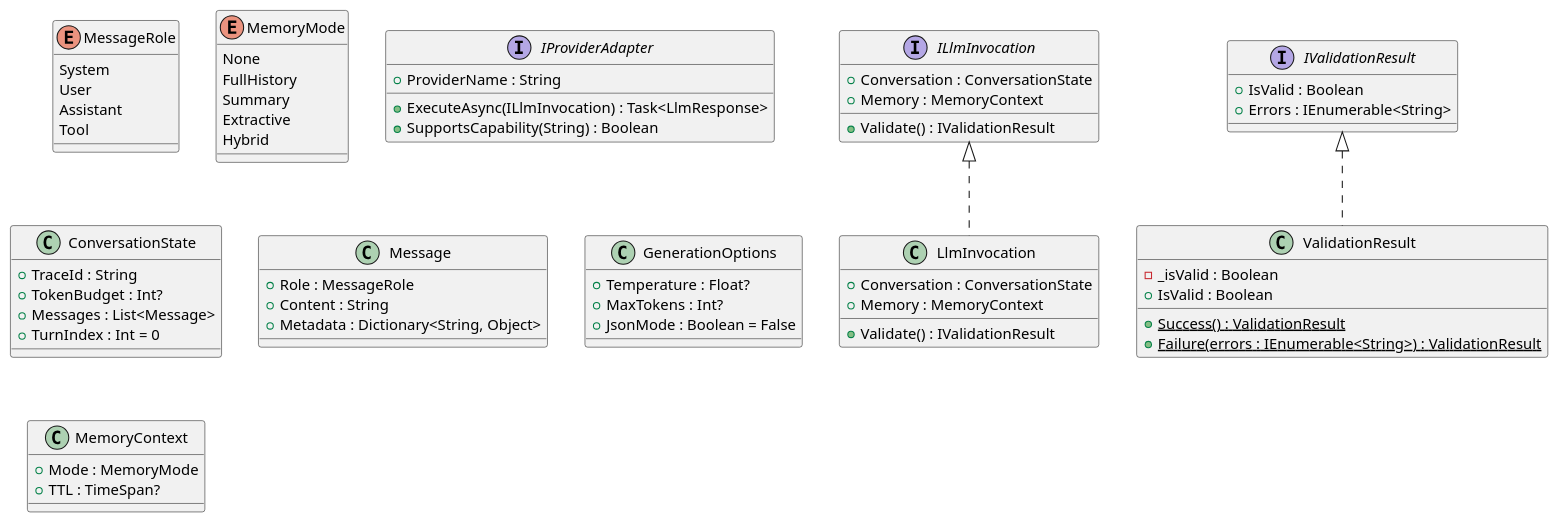
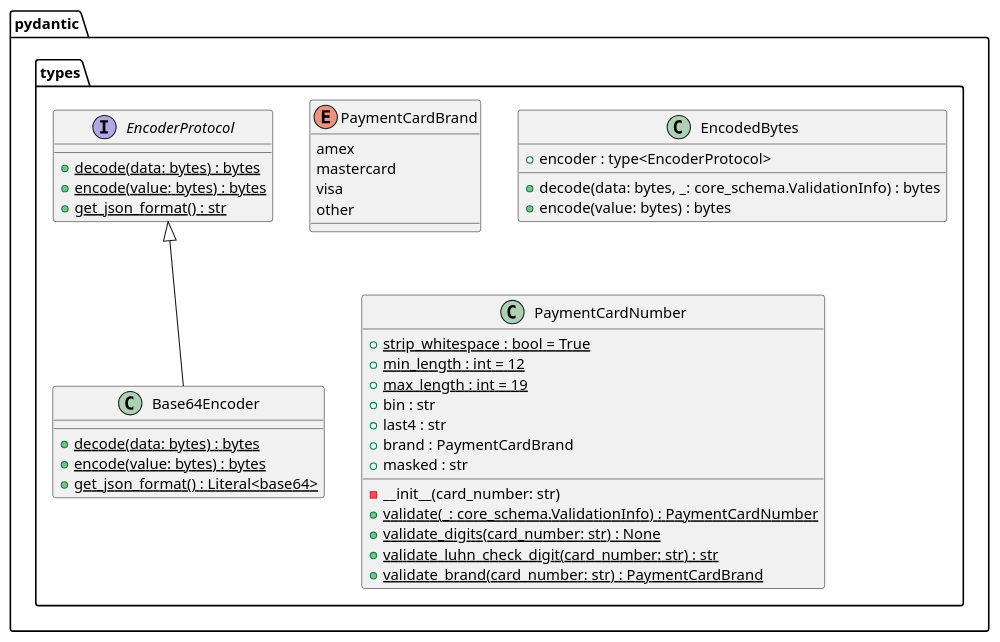
The diagram in bench/formats/slice.puml (Nicchi10/Veltro), drawn with PlantUML before and after one commit. The commit also changed 14 other files, not shown here.

```diff
--- a/bench/formats/slice.puml
+++ b/bench/formats/slice.puml
@@ -1,62 +1,40 @@
 @startuml
-enum MessageRole {
-  System
-  User
-  Assistant
-  Tool
+package pydantic.types {
+  enum PaymentCardBrand {
+    amex
+    mastercard
+    visa
+    other
+  }
+  interface EncoderProtocol {
+    + {static} decode(data: bytes) : bytes
+    + {static} encode(value: bytes) : bytes
+    + {static} get_json_format() : str
+  }
+  class Base64Encoder {
+    + {static} decode(data: bytes) : bytes
+    + {static} encode(value: bytes) : bytes
+    + {static} get_json_format() : Literal<base64>
+  }
+  class EncodedBytes {
+    + encoder : type<EncoderProtocol>
+    + decode(data: bytes, _: core_schema.ValidationInfo) : bytes
+    + encode(value: bytes) : bytes
+  }
+  class PaymentCardNumber {
+    + {static} strip_whitespace : bool = True
+    + {static} min_length : int = 12
+    + {static} max_length : int = 19
+    + bin : str
+    + last4 : str
+    + brand : PaymentCardBrand
+    + masked : str
+    - __init__(card_number: str)
+    + {static} validate(_: core_schema.ValidationInfo) : PaymentCardNumber
+    + {static} validate_digits(card_number: str) : None
+    + {static} validate_luhn_check_digit(card_number: str) : str
+    + {static} validate_brand(card_number: str) : PaymentCardBrand
+  }
 }
-enum MemoryMode {
-  None
-  FullHistory
-  Summary
-  Extractive
-  Hybrid
-}
-interface ILlmInvocation {
-  + Conversation : ConversationState
-  + Memory : MemoryContext
-  + Validate() : IValidationResult
-}
-interface IProviderAdapter {
-  + ProviderName : String
-  + ExecuteAsync(ILlmInvocation) : Task<LlmResponse>
-  + SupportsCapability(String) : Boolean
-}
-interface IValidationResult {
-  + IsValid : Boolean
-  + Errors : IEnumerable<String>
-}
-class LlmInvocation {
-  + Conversation : ConversationState
-  + Memory : MemoryContext
-  + Validate() : IValidationResult
-}
-class ConversationState {
-  + TraceId : String
-  + TokenBudget : Int?
-  + Messages : List<Message>
-  + TurnIndex : Int = 0
-}
-class Message {
-  + Role : MessageRole
-  + Content : String
-  + Metadata : Dictionary<String, Object>
-}
-class GenerationOptions {
-  + Temperature : Float?
-  + MaxTokens : Int?
-  + JsonMode : Boolean = False
-}
-class MemoryContext {
-  + Mode : MemoryMode
-  + TTL : TimeSpan?
-}
-class ValidationResult {
-  - _isValid : Boolean
-  + IsValid : Boolean
-  + {static} Success() : ValidationResult
-  + {static} Failure(errors : IEnumerable<String>) : ValidationResult
-}
-ILlmInvocation <|.. LlmInvocation
-IValidationResult <|.. ValidationResult
+EncoderProtocol <|-- Base64Encoder
 @enduml
```
